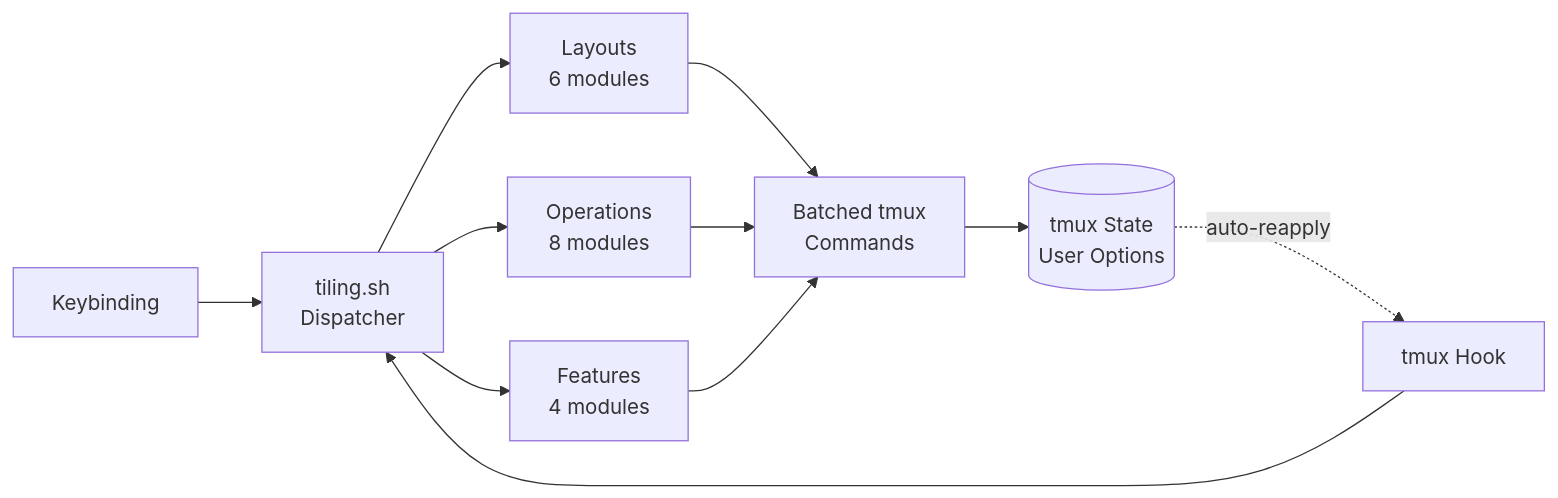
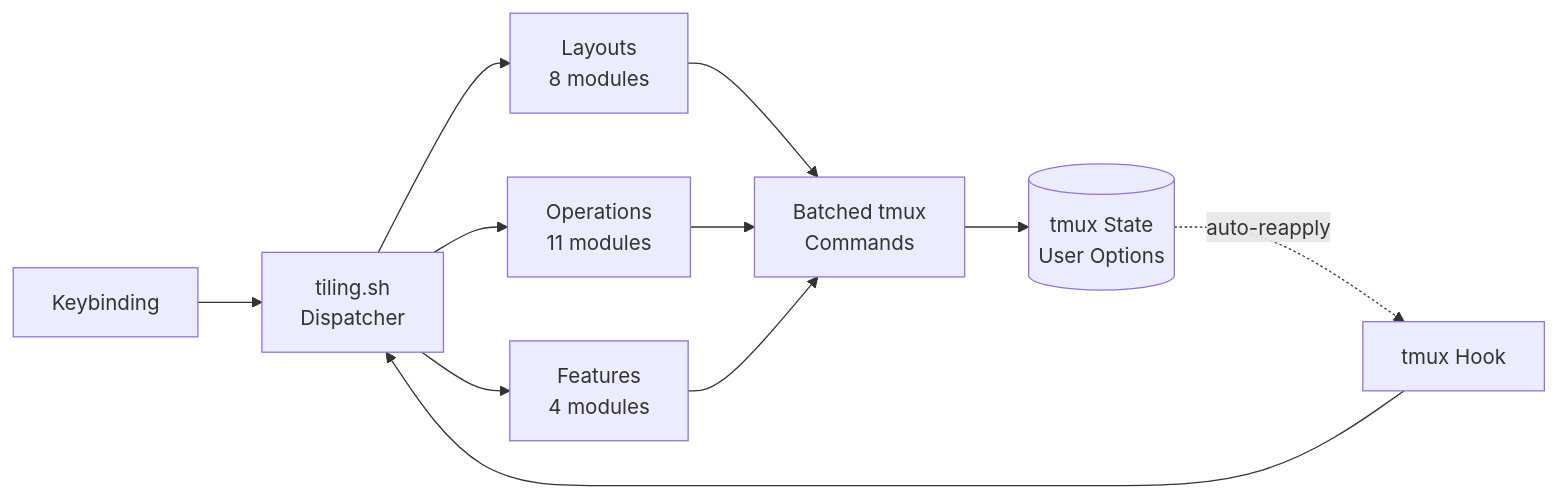
Before and after one commit to gufranco/tmux-tiling-revamped: the diagram in README.md, drawn with Mermaid. The commit also changed other lines of this file and 3 other files, not shown here.

````diff
--- a/README.md
+++ b/README.md
@@ -90,13 +97,13 @@
 ```mermaid
 graph LR
     K[Keybinding] --> D[tiling.sh<br>Dispatcher]
     H[tmux Hook] --> D
-    D --> L[Layouts<br>6 modules]
-    D --> O[Operations<br>8 modules]
+    D --> L[Layouts<br>8 modules]
+    D --> O[Operations<br>11 modules]
     D --> F[Features<br>4 modules]
     L --> T[Batched tmux<br>Commands]
     O --> T
     F --> T
     T --> S[(tmux State<br>User Options)]
     S -.->|auto-reapply| H
 ```
````
